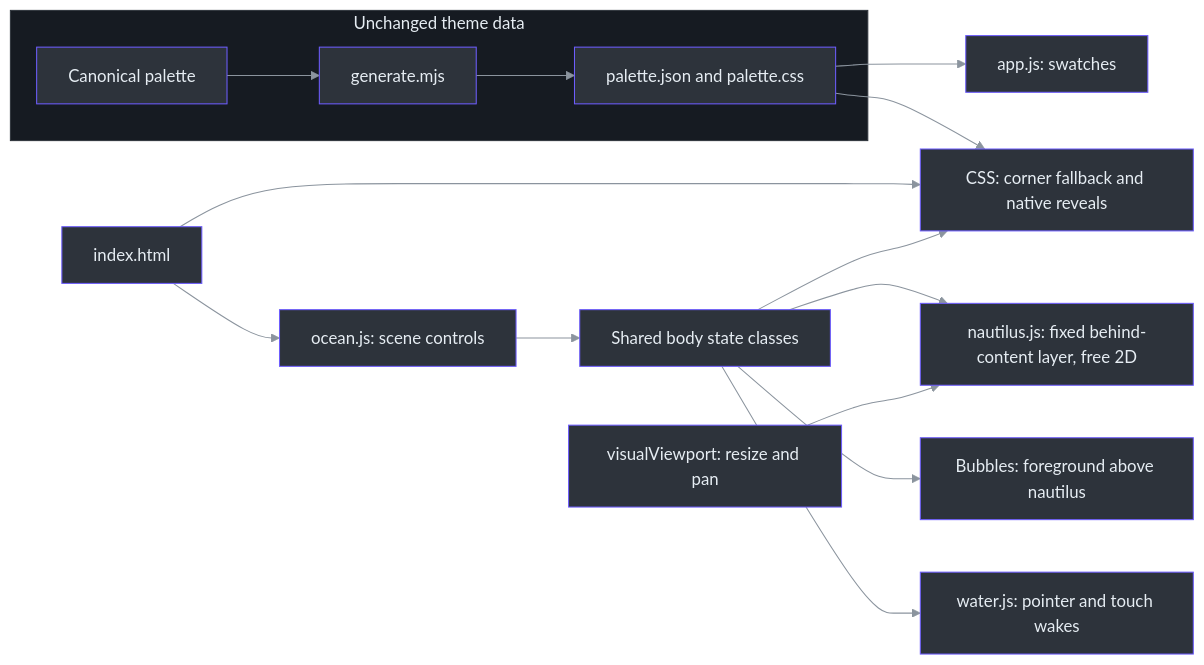
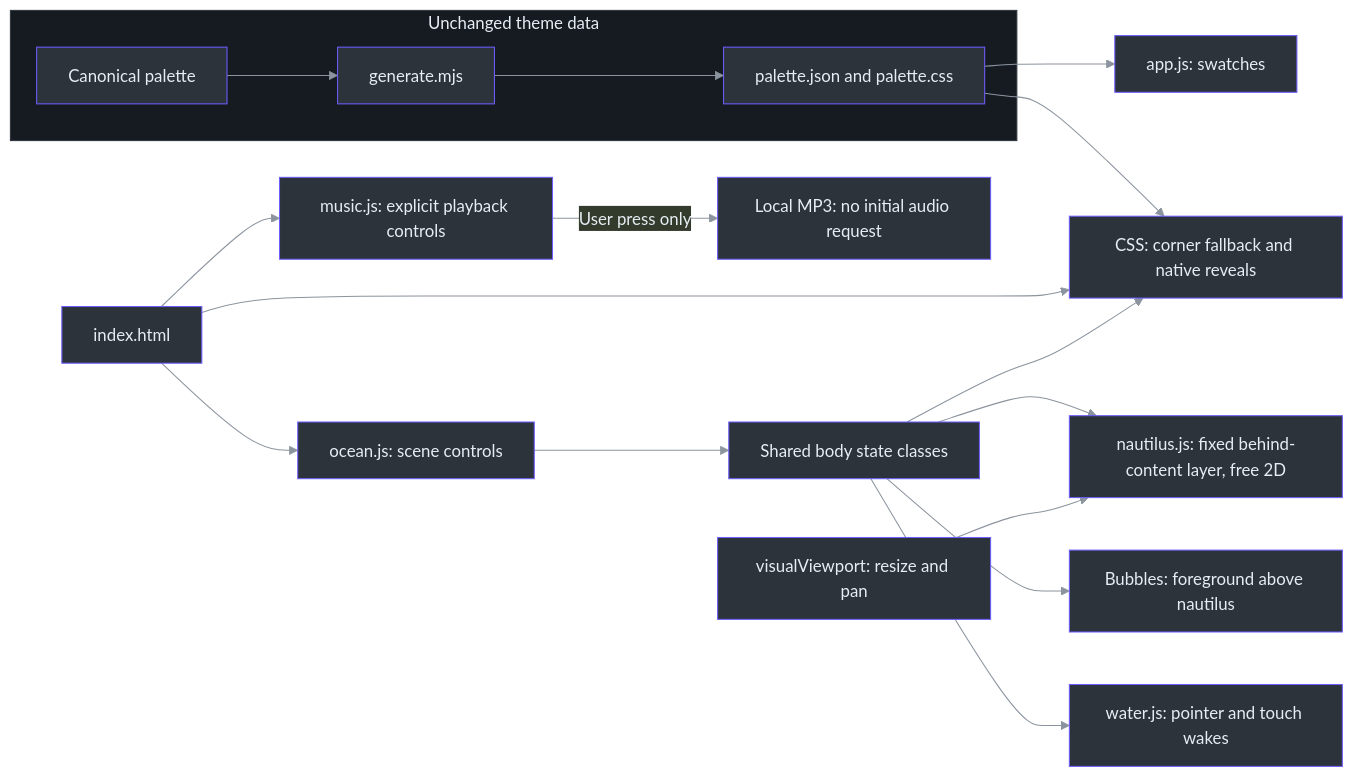
One commit to Zanark/DeepSeaFoam changed the first of 2 diagrams in docs/SHOWCASE.md. Above: the diagram before and after it, drawn with Mermaid. The commit also changed other lines of this file and 12 other files, not shown here.

First line of the commit message:
Add opt-in background music to the showcase

````diff
--- a/docs/SHOWCASE.md
+++ b/docs/SHOWCASE.md
@@ -25,34 +25,36 @@
 ```mermaid
 ---
 config:
   theme: base
   themeVariables:
     background: "#161b22"
     primaryColor: "#2d333b"
     primaryBorderColor: "#6d5dfc"
     primaryTextColor: "#e6edf3"
     lineColor: "#8b949e"
     clusterBkg: "#161b22"
     clusterBorder: "#30363d"
 ---
 flowchart LR
   accTitle: Showcase architecture and palette boundary
-  accDescr: Generated palette assets feed the swatches and CSS. Ocean state coordinates a fixed nautilus behind readable content, bubbles painted above it, and background water. CSS provides a corner fallback and native checkbox reveals without JavaScript.
+  accDescr: Generated palette assets feed swatches and CSS. Ocean state coordinates the behind-content nautilus, bubbles and water. A separate explicit music press loads a local MP3. CSS and a direct audio link provide no-JavaScript fallbacks.
   subgraph Data["Unchanged theme data"]
     P["Canonical palette"] --> G["generate.mjs"]
     G --> A["palette.json and palette.css"]
   end
   A --> S["app.js: swatches"]
   A --> C["CSS: corner fallback and native reveals"]
   H["index.html"] --> C
   H --> O["ocean.js: scene controls"]
   O --> B["Shared body state classes"]
   B --> C
   B --> N["nautilus.js: fixed behind-content layer, free 2D"]
   V["visualViewport: resize and pan"] --> N
   B --> K["Bubbles: foreground above nautilus"]
   B --> W["water.js: pointer and touch wakes"]
+  H --> M["music.js: explicit playback controls"]
+  M -->|User press only| T["Local MP3: no initial audio request"]
   classDef default fill:#2d333b,stroke:#6d5dfc,color:#e6edf3
   style Data fill:#161b22,stroke:#30363d,color:#e6edf3
   linkStyle default stroke:#8b949e
 ```
````
